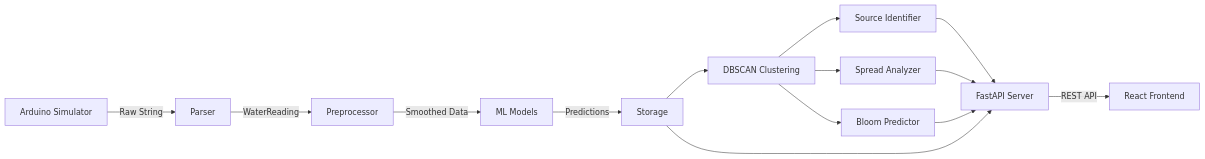
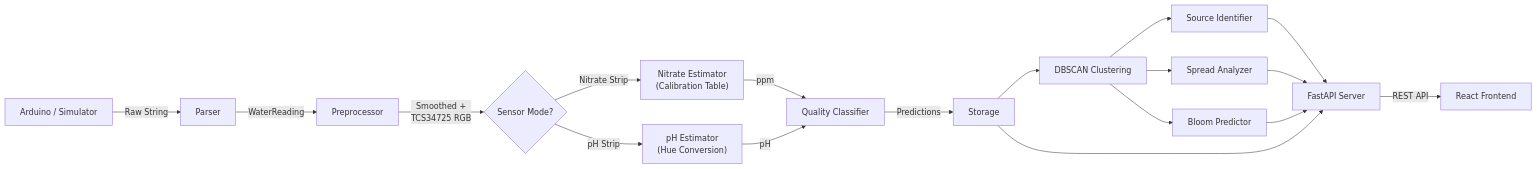
The diagram in SYSTEM_OVERVIEW.md (bhavyazz/Water_Monitoring_Intelligence), drawn with Mermaid before and after one commit. The commit also changed other lines of this file and 26 other files, not shown here.

````diff
--- a/SYSTEM_OVERVIEW.md
+++ b/SYSTEM_OVERVIEW.md
@@ -5,16 +5,20 @@
 ```mermaid
 flowchart LR
-    A[Arduino Simulator] -->|Raw String| B[Parser]
+    A[Arduino / Simulator] -->|Raw String| B[Parser]
     B -->|WaterReading| C[Preprocessor]
-    C -->|Smoothed Data| D[ML Models]
-    D -->|Predictions| E[Storage]
-    E --> F[DBSCAN Clustering]
-    F --> G[Source Identifier]
-    F --> H[Spread Analyzer]
-    F --> I[Bloom Predictor]
-    G --> J[FastAPI Server]
-    H --> J
-    I --> J
-    E --> J
-    J -->|REST API| K[React Frontend]
+    C -->|Smoothed +\nTCS34725 RGB| D{Sensor Mode?}
+    D -->|Nitrate Strip| E["Nitrate Estimator\n(Calibration Table)"]
+    D -->|pH Strip| F["pH Estimator\n(Hue Conversion)"]
+    E -->|ppm| G[Quality Classifier]
+    F -->|pH| G
+    G -->|Predictions| H[Storage]
+    H --> I[DBSCAN Clustering]
+    I --> J[Source Identifier]
+    I --> K[Spread Analyzer]
+    I --> L[Bloom Predictor]
+    J --> M[FastAPI Server]
+    K --> M
+    L --> M
+    H --> M
+    M -->|REST API| N[React Frontend]
 ```
````
